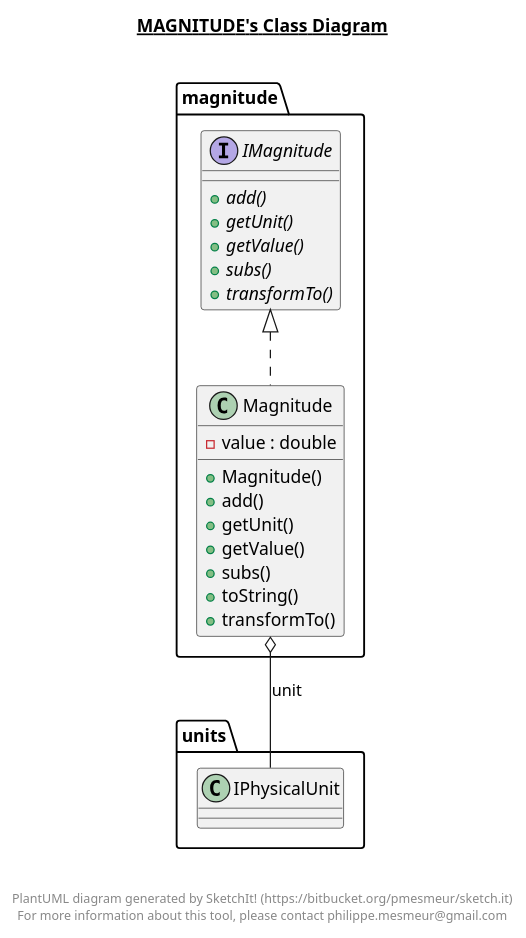
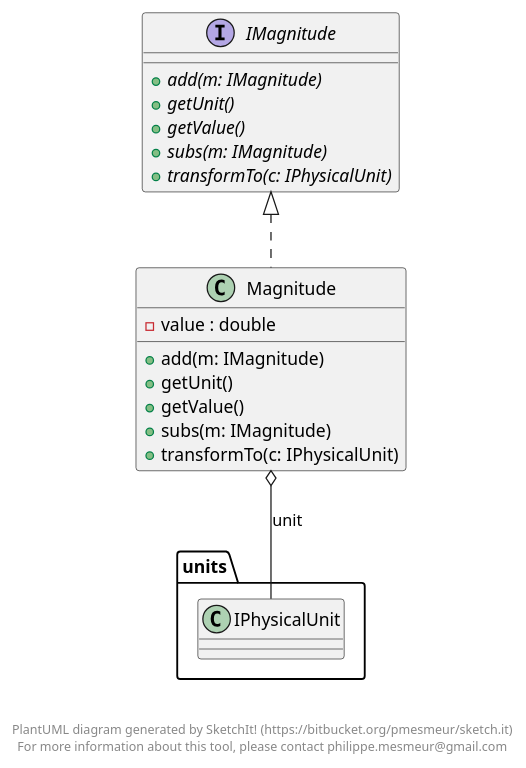
One commit to leandroGO/ADSOF_2020 changed the diagram in P4/src/magnitude/magnitude.plantuml. Above: the diagram before and after it, drawn with PlantUML. The commit also changed 9 other files, not shown here.

```diff
--- a/P4/src/magnitude/magnitude.plantuml
+++ b/P4/src/magnitude/magnitude.plantuml
@@ -1,41 +1,31 @@
 @startuml
 
-title __MAGNITUDE's Class Diagram__\n
-
-  namespace magnitude {
-    interface magnitude.IMagnitude {
-        {abstract} + add()
+    interface IMagnitude {
+        {abstract} + add(m: IMagnitude)
         {abstract} + getUnit()
         {abstract} + getValue()
-        {abstract} + subs()
-        {abstract} + transformTo()
+        {abstract} + subs(m: IMagnitude)
+        {abstract} + transformTo(c: IPhysicalUnit)
     }
-  }
-  
-
-  namespace magnitude {
-    class magnitude.Magnitude {
+    
+    class Magnitude {
         - value : double
-        + Magnitude()
-        + add()
+        + add(m: IMagnitude)
         + getUnit()
         + getValue()
-        + subs()
-        + toString()
-        + transformTo()
+        + subs(m: IMagnitude)
+        + transformTo(c: IPhysicalUnit)
     }
-  }
-  
 
-  magnitude.Magnitude .up.|> magnitude.IMagnitude
-  magnitude.Magnitude o-- units.IPhysicalUnit : unit
+  Magnitude .up.|> IMagnitude
+  Magnitude o-- units.IPhysicalUnit : unit
 
 
 right footer
 
 
 PlantUML diagram generated by SketchIt! (https://bitbucket.org/pmesmeur/sketch.it)
 For more information about this tool, please contact philippe.mesmeur@gmail.com
 endfooter
 
 @enduml
```
